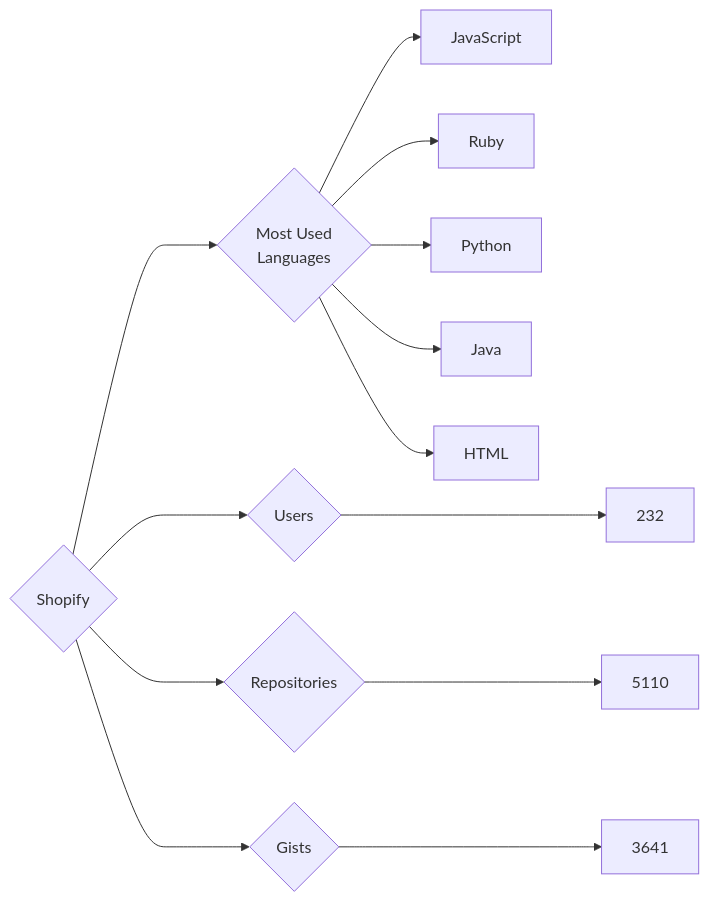
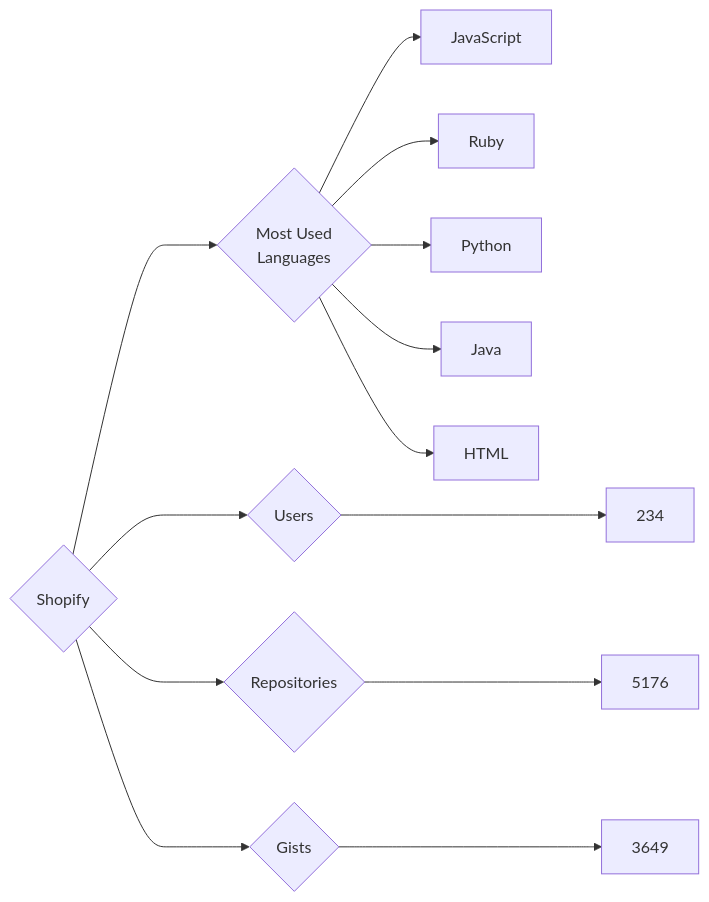
The diagram in targets/Shopify/README.md (trickest/insiders), drawn with Mermaid before and after one commit. The commit also changed 839 other files, not shown here.

````diff
--- a/targets/Shopify/README.md
+++ b/targets/Shopify/README.md
@@ -3,13 +3,13 @@
 ```mermaid
 graph LR
 COMPANY_NAME{Shopify}
-COMPANY_NAME ---> U{Users} ---> UN[232]
-COMPANY_NAME ---> R{Repositories} ---> RN[5110]
-COMPANY_NAME ---> G{Gists} ---> GN[3641]
+COMPANY_NAME ---> U{Users} ---> UN[234]
+COMPANY_NAME ---> R{Repositories} ---> RN[5176]
+COMPANY_NAME ---> G{Gists} ---> GN[3649]
 COMPANY_NAME ---> ML{Most Used<br>Languages}
 ML --> JavaScript[JavaScript]
 ML --> Ruby[Ruby]
 ML --> Python[Python]
 ML --> Java[Java]
 ML --> HTML[HTML]
 ```
````
